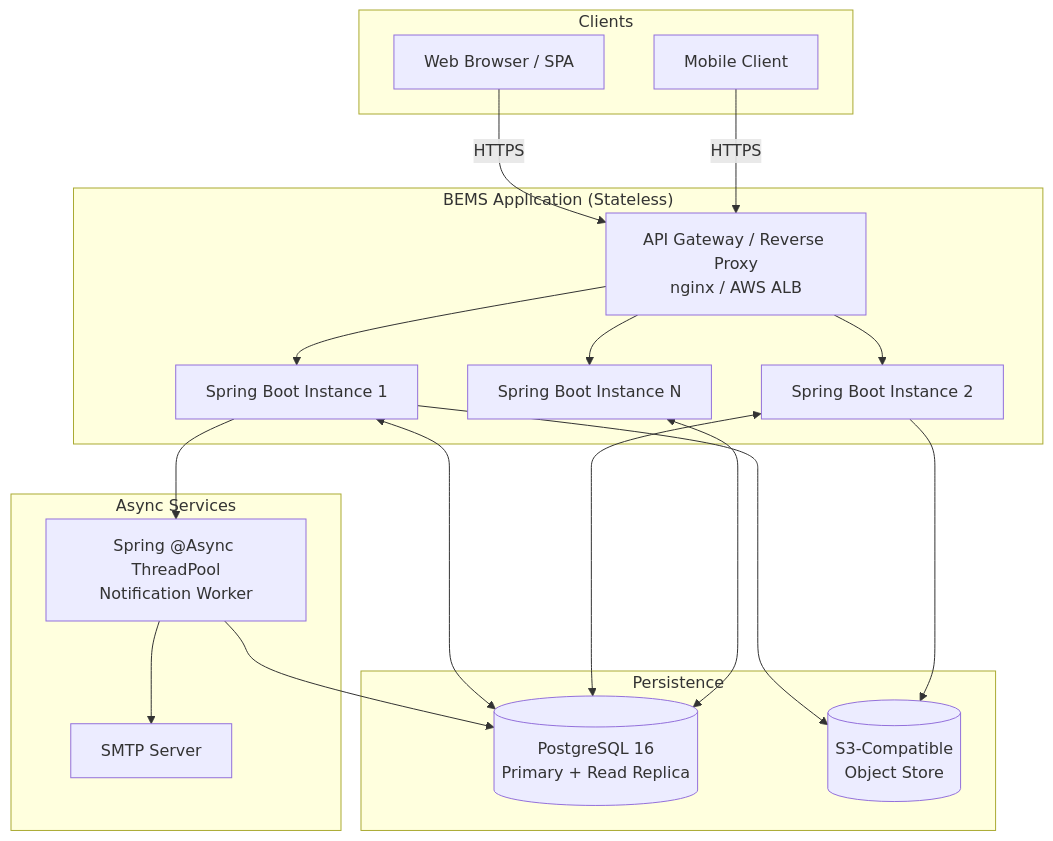
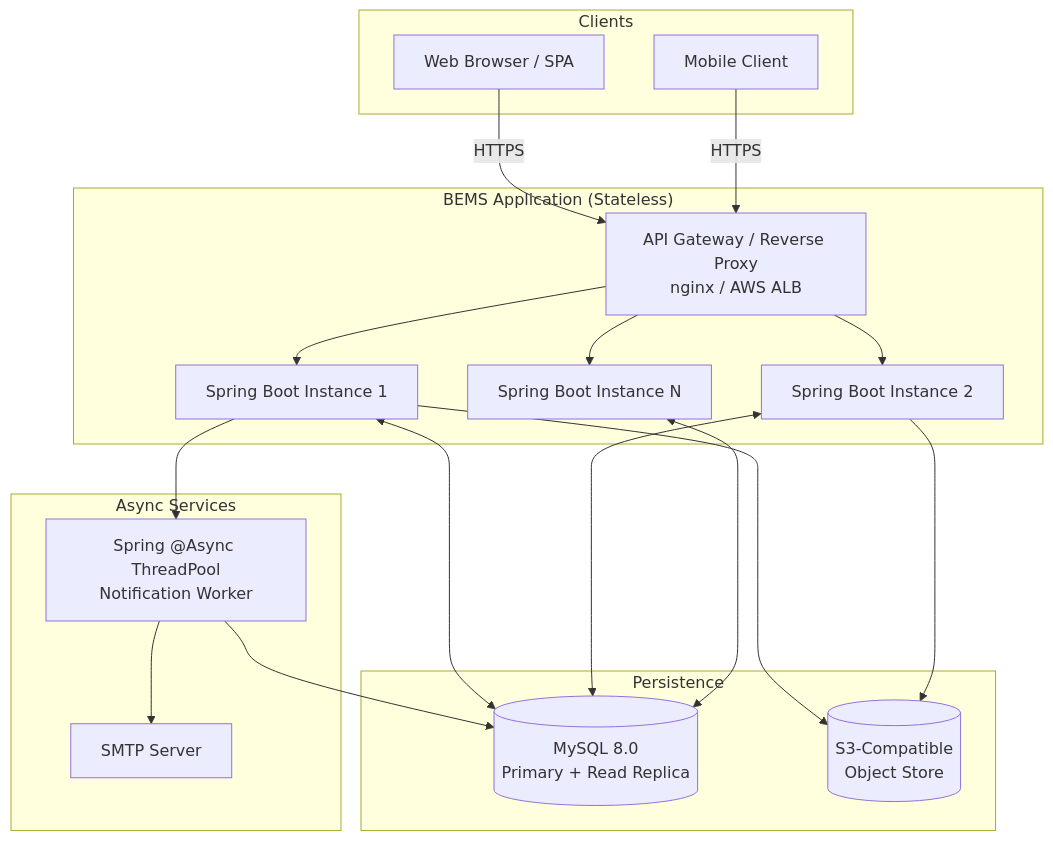
One commit to pratiklad1024/business-expense-management changed the first of 2 diagrams in .kiro/specs/business-expense-management/design.md. Above: the diagram before and after it, drawn with Mermaid. The commit also changed other lines of this file and 5 other files, not shown here.

````diff
--- a/.kiro/specs/business-expense-management/design.md
+++ b/.kiro/specs/business-expense-management/design.md
@@ -41,38 +41,38 @@
 ```mermaid
 graph TB
     subgraph Clients
         WEB[Web Browser / SPA]
         MOB[Mobile Client]
     end
 
     subgraph "BEMS Application (Stateless)"
         GW[API Gateway / Reverse Proxy<br/>nginx / AWS ALB]
         APP1[Spring Boot Instance 1]
         APP2[Spring Boot Instance 2]
         APPn[Spring Boot Instance N]
     end
 
     subgraph "Persistence"
-        PG[(PostgreSQL 16<br/>Primary + Read Replica)]
+        PG[(MySQL 8.0<br/>Primary + Read Replica)]
         S3[(S3-Compatible<br/>Object Store)]
     end
 
     subgraph "Async Services"
         MQ[Spring @Async ThreadPool<br/>Notification Worker]
         SMTP[SMTP Server]
     end
 
     WEB -->|HTTPS| GW
     MOB -->|HTTPS| GW
     GW --> APP1
     GW --> APP2
     GW --> APPn
     APP1 <--> PG
     APP2 <--> PG
     APPn <--> PG
     APP1 --> S3
     APP2 --> S3
     APP1 --> MQ
     MQ --> SMTP
     MQ --> PG
 ```
````
